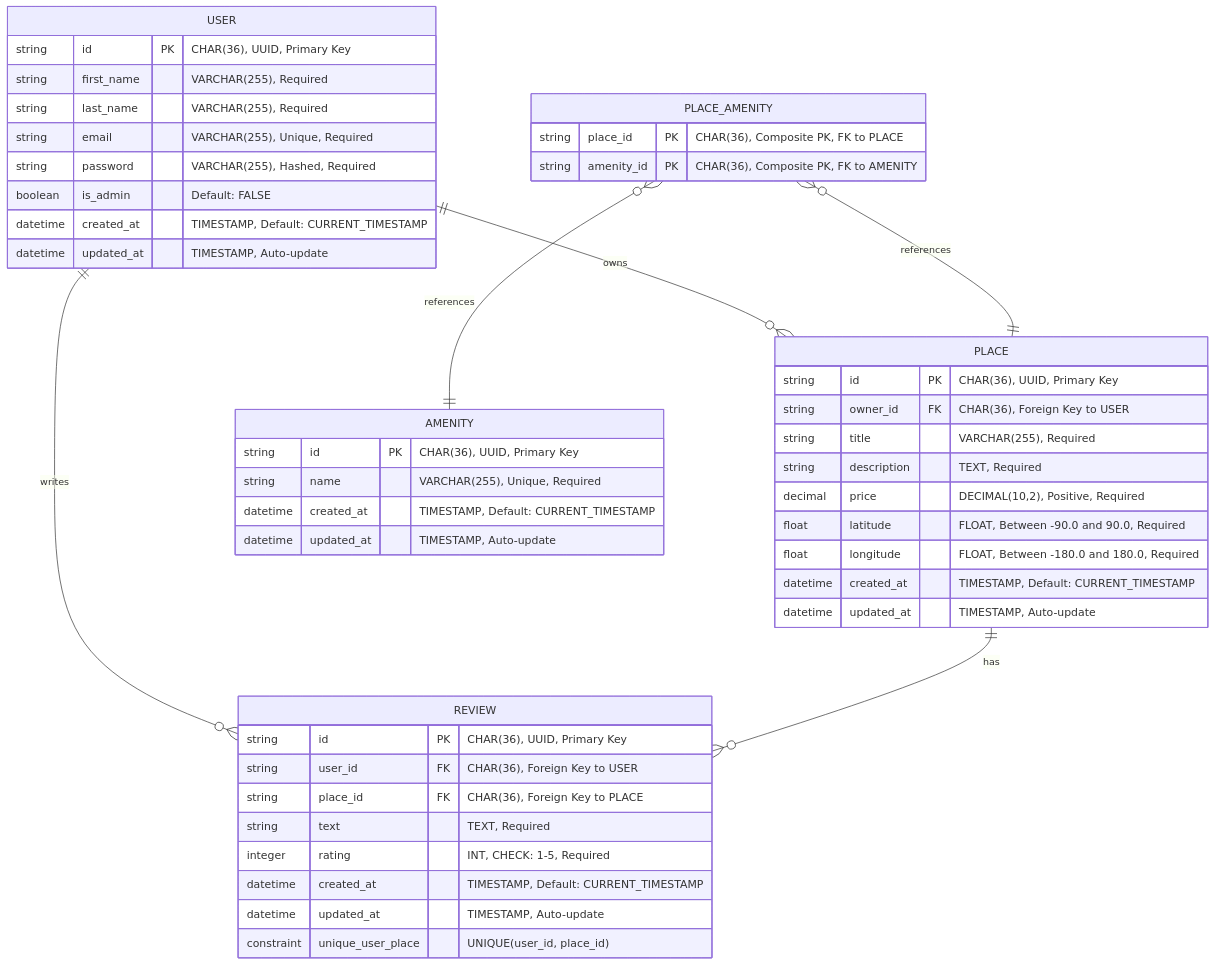
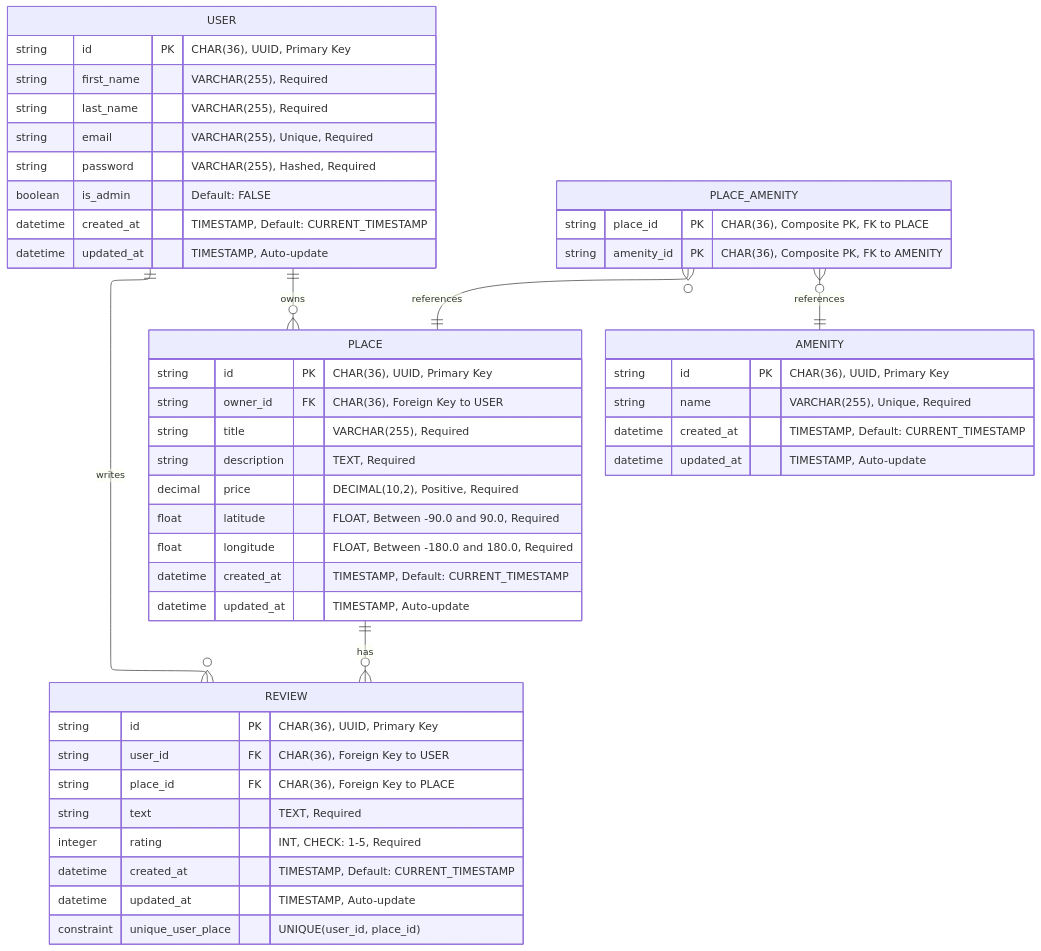
One commit to Krapaud/holbertonschool-hbnb changed the diagram in part3/hbnb/hbnb_database_er_diagram.mmd. Above: the diagram before and after it, drawn with Mermaid. The commit also changed 1 other file, not shown here.

Commit message:
docs: update README and ER diagram for clarity and additional test details

```diff
--- a/part3/hbnb/hbnb_database_er_diagram.mmd
+++ b/part3/hbnb/hbnb_database_er_diagram.mmd
@@ -1,52 +1,56 @@
+---
+config:
+  layout: elk
+---
 erDiagram
     USER ||--o{ PLACE : owns
     USER ||--o{ REVIEW : writes
     PLACE ||--o{ REVIEW : has
     PLACE_AMENITY }o--|| PLACE : references
     PLACE_AMENITY }o--|| AMENITY : references
 
     USER {
         string id PK "CHAR(36), UUID, Primary Key"
         string first_name "VARCHAR(255), Required"
         string last_name "VARCHAR(255), Required"
         string email "VARCHAR(255), Unique, Required"
         string password "VARCHAR(255), Hashed, Required"
         boolean is_admin "Default: FALSE"
         datetime created_at "TIMESTAMP, Default: CURRENT_TIMESTAMP"
         datetime updated_at "TIMESTAMP, Auto-update"
     }
 
     PLACE {
         string id PK "CHAR(36), UUID, Primary Key"
         string owner_id FK "CHAR(36), Foreign Key to USER"
         string title "VARCHAR(255), Required"
         string description "TEXT, Required"
         decimal price "DECIMAL(10,2), Positive, Required"
         float latitude "FLOAT, Between -90.0 and 90.0, Required"
         float longitude "FLOAT, Between -180.0 and 180.0, Required"
         datetime created_at "TIMESTAMP, Default: CURRENT_TIMESTAMP"
         datetime updated_at "TIMESTAMP, Auto-update"
     }
 
     REVIEW {
         string id PK "CHAR(36), UUID, Primary Key"
         string user_id FK "CHAR(36), Foreign Key to USER"
         string place_id FK "CHAR(36), Foreign Key to PLACE"
         string text "TEXT, Required"
         integer rating "INT, CHECK: 1-5, Required"
         datetime created_at "TIMESTAMP, Default: CURRENT_TIMESTAMP"
         datetime updated_at "TIMESTAMP, Auto-update"
         constraint unique_user_place "UNIQUE(user_id, place_id)"
     }
 
     AMENITY {
         string id PK "CHAR(36), UUID, Primary Key"
         string name "VARCHAR(255), Unique, Required"
         datetime created_at "TIMESTAMP, Default: CURRENT_TIMESTAMP"
         datetime updated_at "TIMESTAMP, Auto-update"
     }
 
     PLACE_AMENITY {
         string place_id PK "CHAR(36), Composite PK, FK to PLACE"
         string amenity_id PK "CHAR(36), Composite PK, FK to AMENITY"
     }
```
